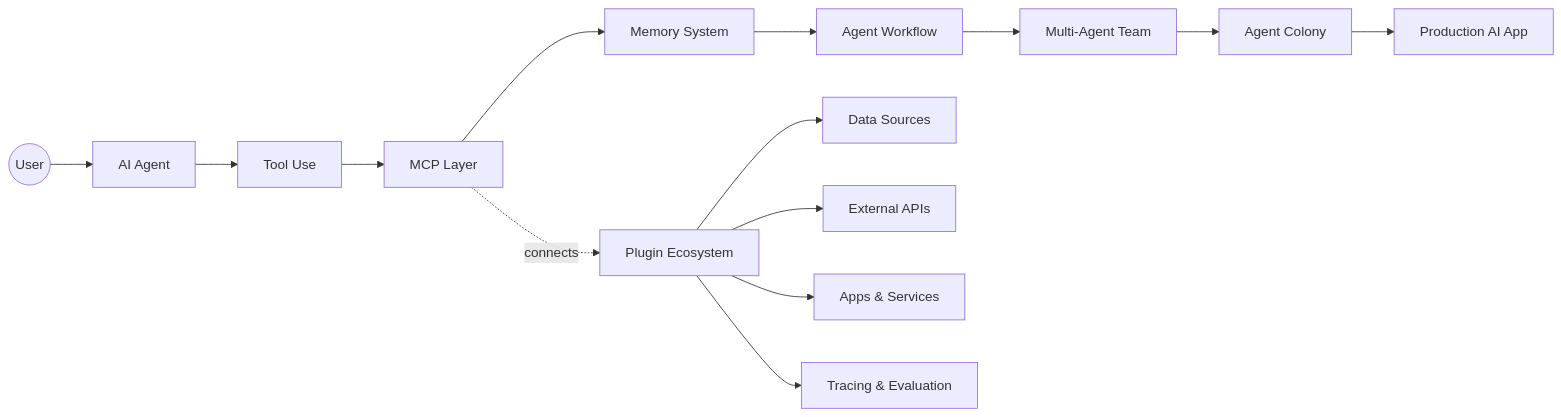
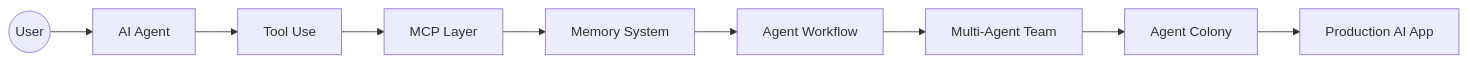
One commit to audi0417/agent-engineering-roadmap changed the first of 2 diagrams in README.md. Above: the diagram before and after it, drawn with Mermaid. The commit also changed other lines of this file, not shown here.

````diff
--- a/README.md
+++ b/README.md
@@ -9,17 +39,11 @@
 ```mermaid
 flowchart LR
     User((User)) --> Agent[AI Agent]
     Agent --> Tools[Tool Use]
     Tools --> MCP[MCP Layer]
     MCP --> Memory[Memory System]
     Memory --> Workflow[Agent Workflow]
     Workflow --> MultiAgent[Multi-Agent Team]
     MultiAgent --> Colony[Agent Colony]
     Colony --> Production[Production AI App]
-
-    MCP -. connects .-> Plugins[Plugin Ecosystem]
-    Plugins --> Data[Data Sources]
-    Plugins --> APIs[External APIs]
-    Plugins --> Apps[Apps & Services]
-    Plugins --> Observability[Tracing & Evaluation]
 ```
````
